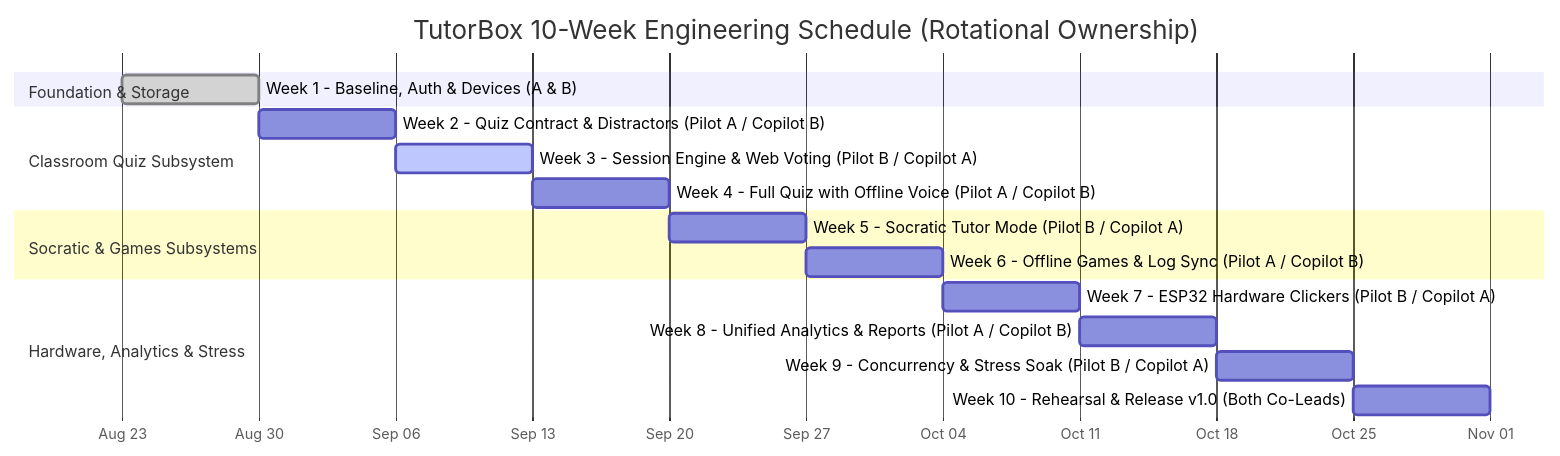
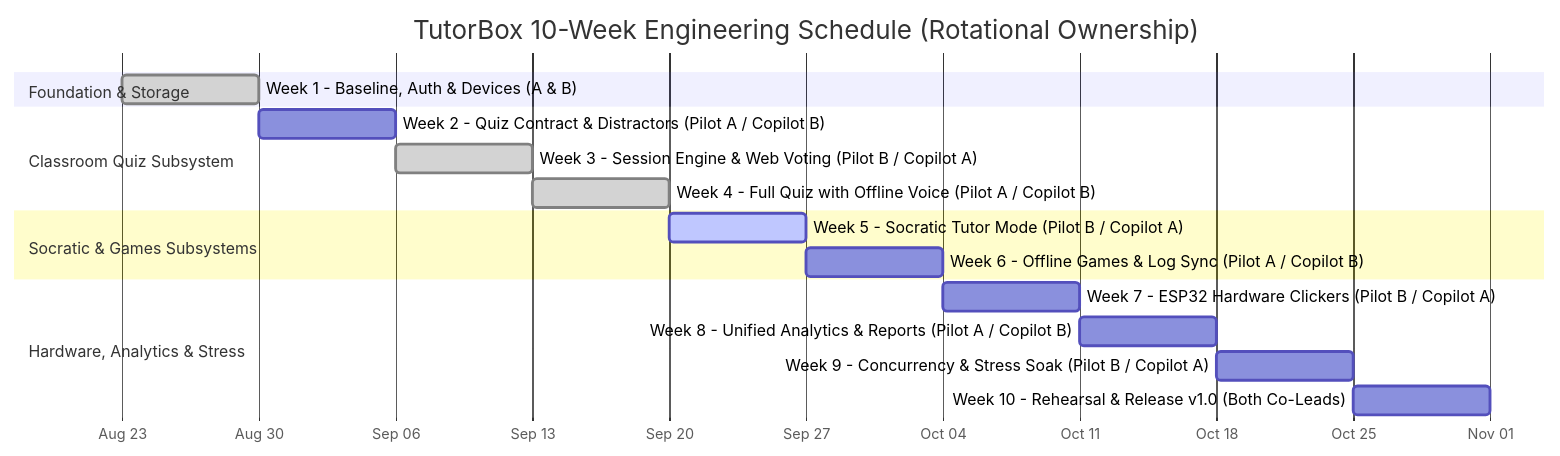
The diagram in docs/milestones/roadmap.md (GabGP/TutorBox), drawn with Mermaid before and after one commit. The commit also changed other lines of this file and 9 other files, not shown here.

First line of the commit message:
feat(tts): complete Week 4 voice quiz milestone with latency profiler and 10-round match suite

````diff
--- a/docs/milestones/roadmap.md
+++ b/docs/milestones/roadmap.md
@@ -45,24 +45,24 @@
 ```mermaid
 gantt
     title TutorBox 10-Week Engineering Schedule (Rotational Ownership)
     dateFormat  YYYY-MM-DD
     axisFormat  %b %d
 
     section Foundation & Storage
     Week 1 - Baseline, Auth & Devices (A & B) :done, w1, 2026-08-23, 2026-08-30
 
     section Classroom Quiz Subsystem
     Week 2 - Quiz Contract & Distractors (Pilot A / Copilot B) :w2, 2026-08-30, 2026-09-06
-    Week 3 - Session Engine & Web Voting (Pilot B / Copilot A) :active, w3, 2026-09-06, 2026-09-13
-    Week 4 - Full Quiz with Offline Voice (Pilot A / Copilot B):w4, 2026-09-13, 2026-09-20
+    Week 3 - Session Engine & Web Voting (Pilot B / Copilot A) :done, w3, 2026-09-06, 2026-09-13
+    Week 4 - Full Quiz with Offline Voice (Pilot A / Copilot B):done, w4, 2026-09-13, 2026-09-20
 
     section Socratic & Games Subsystems
-    Week 5 - Socratic Tutor Mode (Pilot B / Copilot A)         :w5, 2026-09-20, 2026-09-27
+    Week 5 - Socratic Tutor Mode (Pilot B / Copilot A)         :active, w5, 2026-09-20, 2026-09-27
     Week 6 - Offline Games & Log Sync (Pilot A / Copilot B)    :w6, 2026-09-27, 2026-10-04
 
     section Hardware, Analytics & Stress
     Week 7 - ESP32 Hardware Clickers (Pilot B / Copilot A)     :w7, 2026-10-04, 2026-10-11
     Week 8 - Unified Analytics & Reports (Pilot A / Copilot B) :w8, 2026-10-11, 2026-10-18
     Week 9 - Concurrency & Stress Soak (Pilot B / Copilot A)   :w9, 2026-10-18, 2026-10-25
     Week 10 - Rehearsal & Release v1.0 (Both Co-Leads)         :w10, 2026-10-25, 2026-11-01
 ```
````
